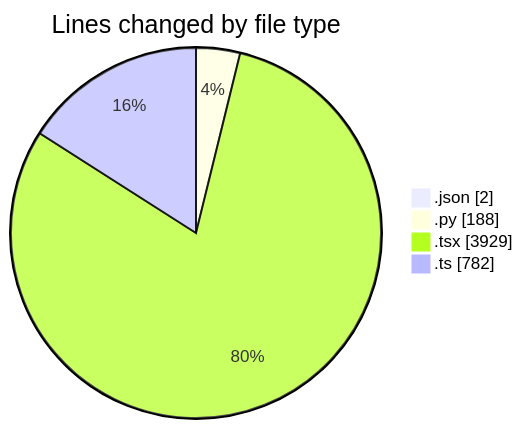
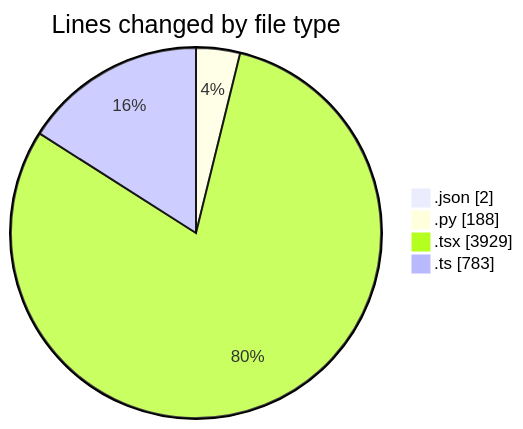
The first of 2 diagrams in 2025-10-06/eventscop-frontend-guide__workspace_/README.md (julien-gomy/code-tracking), drawn with Mermaid before and after one commit. The commit also changed other lines of this file and 1 other file, not shown here.

````diff
--- a/2025-10-06/eventscop-frontend-guide__workspace_/README.md
+++ b/2025-10-06/eventscop-frontend-guide__workspace_/README.md
@@ -49,8 +49,8 @@
 ```mermaid
 pie showData
 title Lines changed by file type
 ".json" : 2
 ".py" : 188
 ".tsx" : 3929
-".ts" : 782
+".ts" : 783
 ```
````
